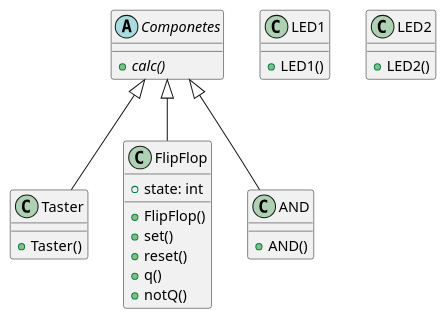
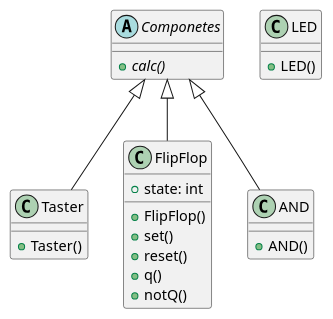
The diagram in src/Klassen_UML.puml (Ali8105/sew5_sem1), drawn with PlantUML before and after one commit.

```diff
--- a/src/Klassen_UML.puml
+++ b/src/Klassen_UML.puml
@@ -1,36 +1,32 @@
 @startuml
 
 abstract class Componetes{
  + {abstract} calc()
 }
 
 class Taster {
  + Taster()
 }
 
 class FlipFlop{
  + FlipFlop()
  + state: int
  + set()
  + reset()
  + q()
  + notQ()
 }
 
-class LED1{
- + LED1()
-}
-
-class LED2{
- + LED2()
+class LED{
+ + LED()
 }
 
 class AND{
  + AND()
 }
 
 Componetes <|-- FlipFlop
 Componetes <|-- AND
 Componetes <|-- Taster
 
 @enduml
```
